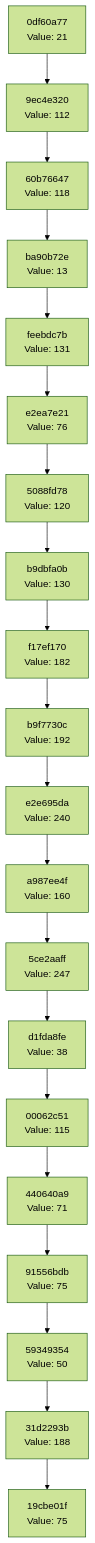
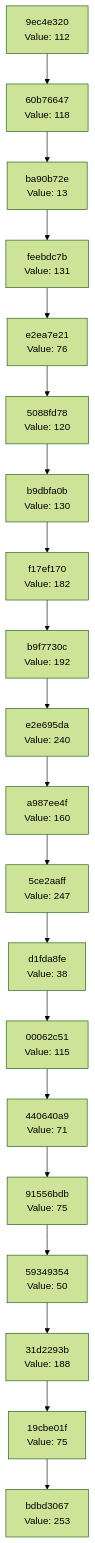
The diagram in docs/CHAIN_VISUALIZATION.md (Abhisheksinha1506/hash-chain-evolver), drawn with Mermaid (forest theme) before and after one commit. The commit also changed 1 other file, not shown here.

Commit message:
Evolution Step

````diff
--- a/docs/CHAIN_VISUALIZATION.md
+++ b/docs/CHAIN_VISUALIZATION.md
@@ -3,42 +3,42 @@
 ```mermaid
 graph TD
-    C0["19cbe01f<br/>Value: 75"]
-    C1["31d2293b<br/>Value: 188"]
+    C0["bdbd3067<br/>Value: 253"]
+    C1["19cbe01f<br/>Value: 75"]
     C1 --> C0
-    C2["59349354<br/>Value: 50"]
+    C2["31d2293b<br/>Value: 188"]
     C2 --> C1
-    C3["91556bdb<br/>Value: 75"]
+    C3["59349354<br/>Value: 50"]
     C3 --> C2
-    C4["440640a9<br/>Value: 71"]
+    C4["91556bdb<br/>Value: 75"]
     C4 --> C3
-    C5["00062c51<br/>Value: 115"]
+    C5["440640a9<br/>Value: 71"]
     C5 --> C4
-    C6["d1fda8fe<br/>Value: 38"]
+    C6["00062c51<br/>Value: 115"]
     C6 --> C5
-    C7["5ce2aaff<br/>Value: 247"]
+    C7["d1fda8fe<br/>Value: 38"]
     C7 --> C6
-    C8["a987ee4f<br/>Value: 160"]
+    C8["5ce2aaff<br/>Value: 247"]
     C8 --> C7
-    C9["e2e695da<br/>Value: 240"]
+    C9["a987ee4f<br/>Value: 160"]
     C9 --> C8
-    C10["b9f7730c<br/>Value: 192"]
+    C10["e2e695da<br/>Value: 240"]
     C10 --> C9
-    C11["f17ef170<br/>Value: 182"]
+    C11["b9f7730c<br/>Value: 192"]
     C11 --> C10
-    C12["b9dbfa0b<br/>Value: 130"]
+    C12["f17ef170<br/>Value: 182"]
     C12 --> C11
-    C13["5088fd78<br/>Value: 120"]
+    C13["b9dbfa0b<br/>Value: 130"]
     C13 --> C12
-    C14["e2ea7e21<br/>Value: 76"]
+    C14["5088fd78<br/>Value: 120"]
     C14 --> C13
-    C15["feebdc7b<br/>Value: 131"]
+    C15["e2ea7e21<br/>Value: 76"]
     C15 --> C14
-    C16["ba90b72e<br/>Value: 13"]
+    C16["feebdc7b<br/>Value: 131"]
     C16 --> C15
-    C17["60b76647<br/>Value: 118"]
+    C17["ba90b72e<br/>Value: 13"]
     C17 --> C16
-    C18["9ec4e320<br/>Value: 112"]
+    C18["60b76647<br/>Value: 118"]
     C18 --> C17
-    C19["0df60a77<br/>Value: 21"]
+    C19["9ec4e320<br/>Value: 112"]
     C19 --> C18
 ```
````
